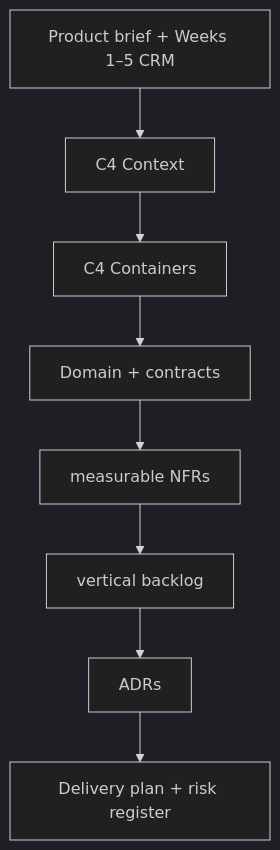
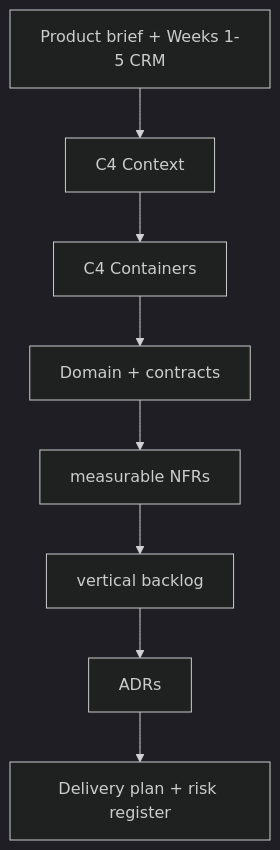
One commit to pupilliluke/bc-sw-engineer-java-participant changed the first of 4 diagrams in labs/Week 6 - Capstone Project/module-48/lab48/LAB-48-GUIDE.md. Above: the diagram before and after it, drawn with Mermaid (dark theme). The commit also changed other lines of this file and 55 other files, not shown here.

Commit message:
Stop publishing local screenshots; harden Mermaid for GitHub; sync only tracked lab files.

````diff
--- a/labs/Week 6 - Capstone Project/module-48/lab48/LAB-48-GUIDE.md
+++ b/labs/Week 6 - Capstone Project/module-48/lab48/LAB-48-GUIDE.md
@@ -86,10 +86,10 @@
 ```mermaid
 flowchart TB
-  Brief["Product brief + Weeks 1–5 CRM"] --> C4C["C4 Context"]
+  Brief["Product brief + Weeks 1-5 CRM"] --> C4C["C4 Context"]
   C4C --> C4Cont["C4 Containers"]
   C4Cont --> Domain["Domain + contracts"]
   Domain --> NFR["measurable NFRs"]
   NFR --> Backlog["vertical backlog"]
   Backlog --> ADR["ADRs"]
   ADR --> Plan["Delivery plan + risk register"]
 ```
````
